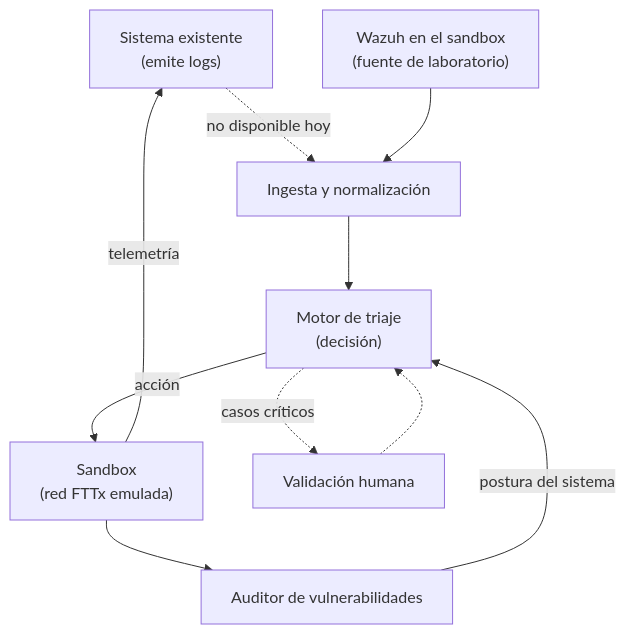
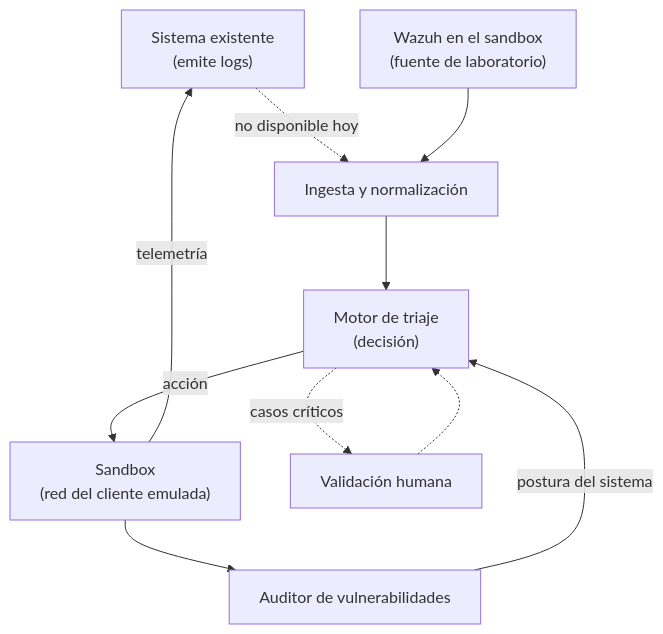
One commit to vBlanyer/domotai-pasantia changed the first of 3 diagrams in documentacion/04-fase4-diseno-de-arquitectura/flujo-triaje-playbook-sandbox.md. Above: the diagram before and after it, drawn with Mermaid. The commit also changed other lines of this file and 41 other files, not shown here.

````diff
--- a/documentacion/04-fase4-diseno-de-arquitectura/flujo-triaje-playbook-sandbox.md
+++ b/documentacion/04-fase4-diseno-de-arquitectura/flujo-triaje-playbook-sandbox.md
@@ -17,12 +17,12 @@
 ```mermaid
 flowchart TD
     SIS["Sistema existente<br/>(emite logs)"] -.no disponible hoy.-> ING
     WZ["Wazuh en el sandbox<br/>(fuente de laboratorio)"] --> ING["Ingesta y normalización"]
     ING --> TRI["Motor de triaje<br/>(decisión)"]
-    TRI -->|acción| SBX["Sandbox<br/>(red FTTx emulada)"]
+    TRI -->|acción| SBX["Sandbox<br/>(red del cliente emulada)"]
     AUD["Auditor de vulnerabilidades"] -->|postura del sistema| TRI
     SBX --> AUD
     SBX -->|telemetría| SIS
     TRI -.->|casos críticos| HUM["Validación humana"]
     HUM -.-> TRI
 ```
````
